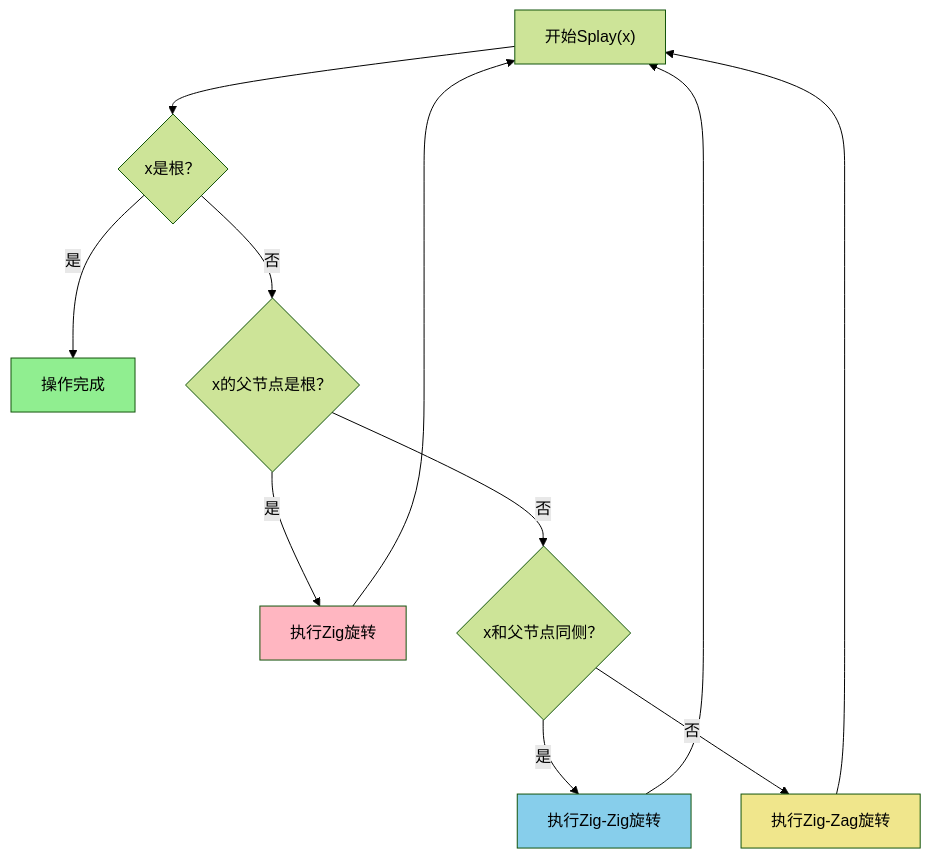
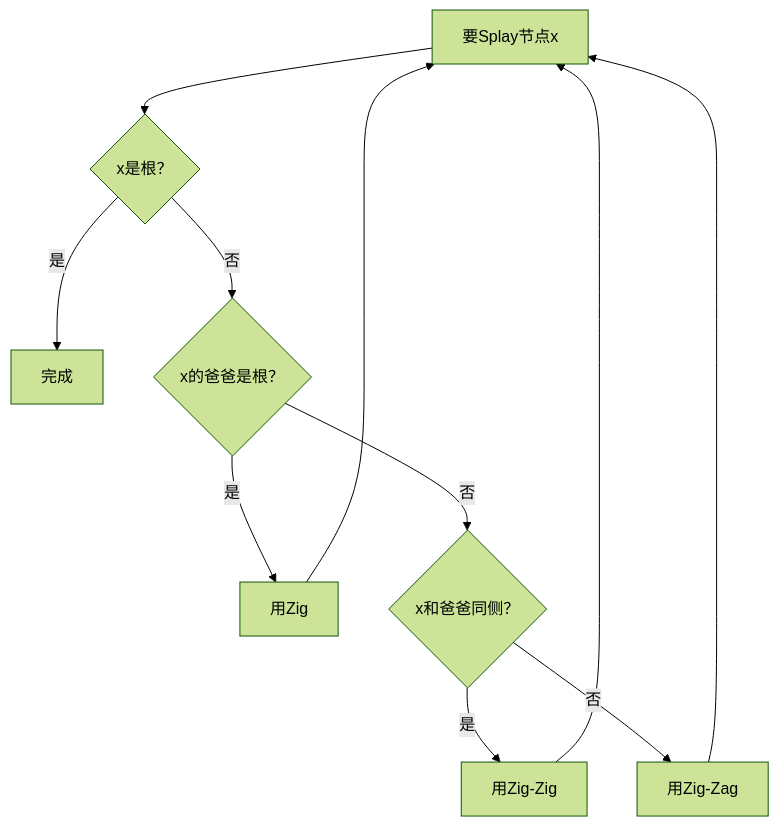
The diagram in algorithms/data_structures/Splay树详解.md (BlueArchive-Sensei/OI_coding), drawn with Mermaid (forest theme) before and after one commit. The commit also changed other lines of this file and 3 other files, not shown here.

````diff
--- a/algorithms/data_structures/Splay树详解.md
+++ b/algorithms/data_structures/Splay树详解.md
@@ -94,18 +206,13 @@
 ```mermaid
 graph TD
-    A["开始Splay(x)"] --> B{"x是根？"}
-    B -->|是| C["操作完成"]
-    B -->|否| D{"x的父节点是根？"}
-    D -->|是| E["执行Zig旋转"]
-    D -->|否| F{"x和父节点同侧？"}
-    F -->|是| G["执行Zig-Zig旋转"]
-    F -->|否| H["执行Zig-Zag旋转"]
+    A["要Splay节点x"] --> B{"x是根？"}
+    B -->|是| C["完成"]
+    B -->|否| D{"x的爸爸是根？"}
+    D -->|是| E["用Zig"]
+    D -->|否| F{"x和爸爸同侧？"}
+    F -->|是| G["用Zig-Zig"]
+    F -->|否| H["用Zig-Zag"]
     E --> A
     G --> A
     H --> A
-    
-    style C fill:#90EE90
-    style E fill:#FFB6C1
-    style G fill:#87CEEB
-    style H fill:#F0E68C
 ```
````
